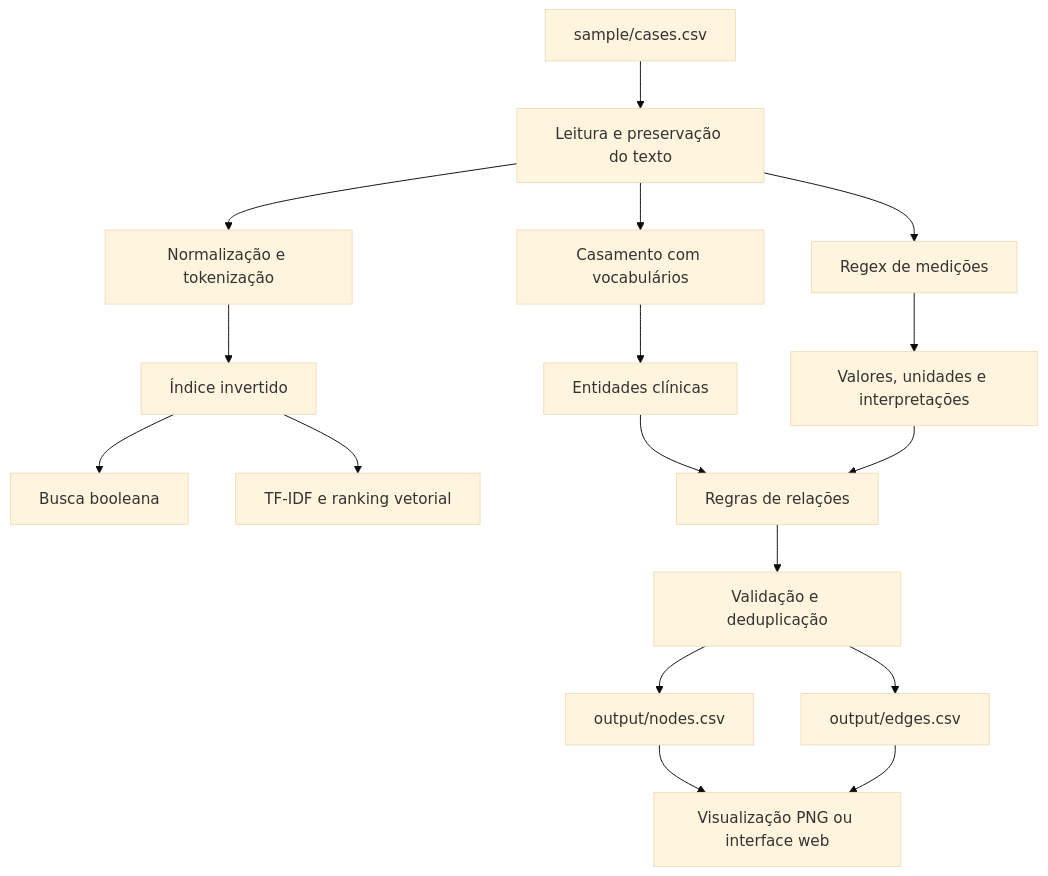
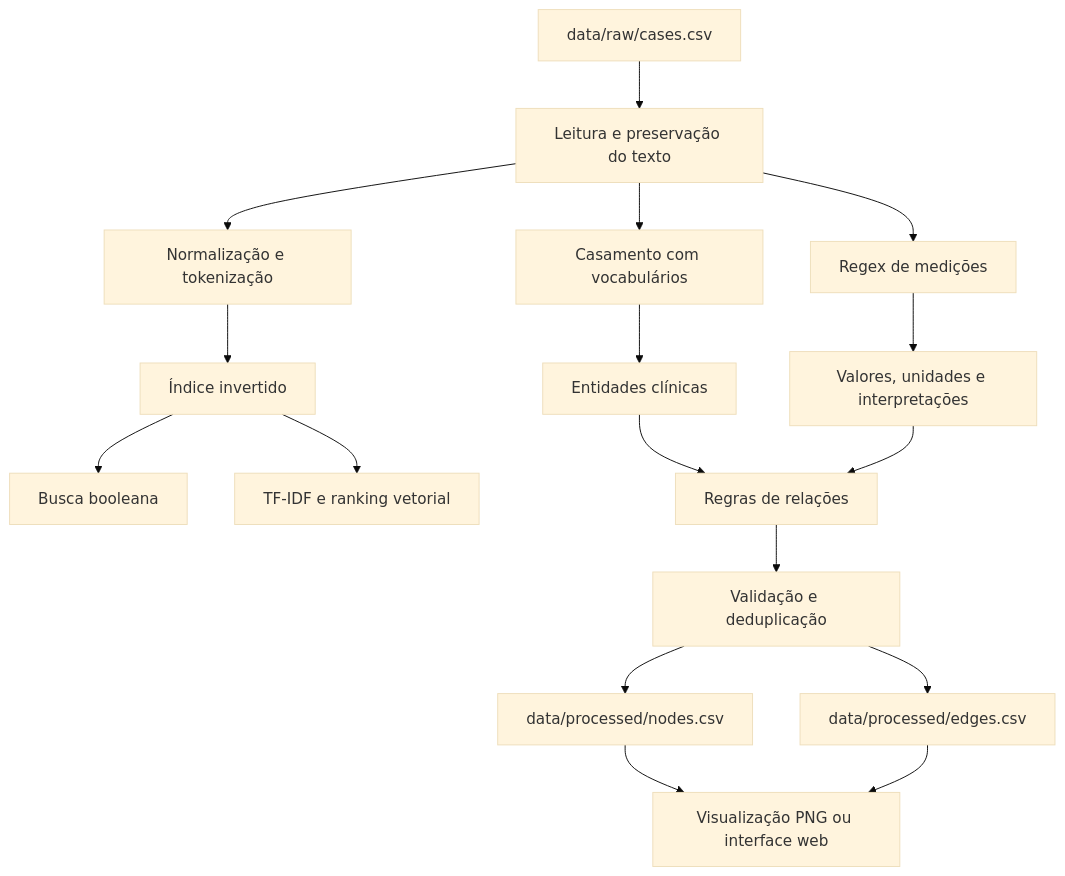
Before and after one commit to MatheuzRuf/projects-mc896: the first of 2 diagrams in project1/README.md, drawn with Mermaid (base theme). The commit also changed other lines of this file and 20 other files, not shown here.

````diff
--- a/project1/README.md
+++ b/project1/README.md
@@ -245,19 +246,19 @@
 ```mermaid
 flowchart TD
-    A["sample/cases.csv"] --> B["Leitura e preservação do texto"]
+    A["data/raw/cases.csv"] --> B["Leitura e preservação do texto"]
     B --> C["Normalização e tokenização"]
     C --> D["Índice invertido"]
     D --> E["Busca booleana"]
     D --> F["TF-IDF e ranking vetorial"]
     B --> G["Casamento com vocabulários"]
     B --> H["Regex de medições"]
     G --> I["Entidades clínicas"]
     H --> J["Valores, unidades e interpretações"]
     I --> K["Regras de relações"]
     J --> K
     K --> L["Validação e deduplicação"]
-    L --> M["output/nodes.csv"]
-    L --> N["output/edges.csv"]
+    L --> M["data/processed/nodes.csv"]
+    L --> N["data/processed/edges.csv"]
     M --> O["Visualização PNG ou interface web"]
     N --> O
 ```
````
